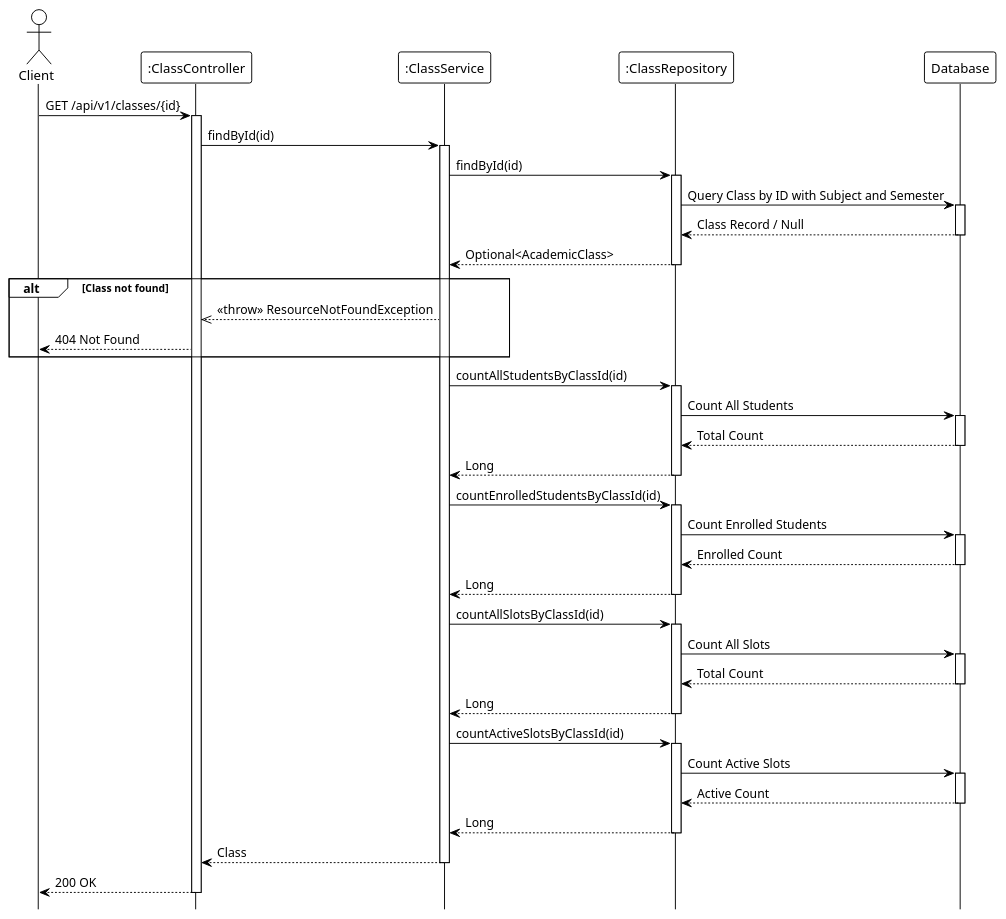
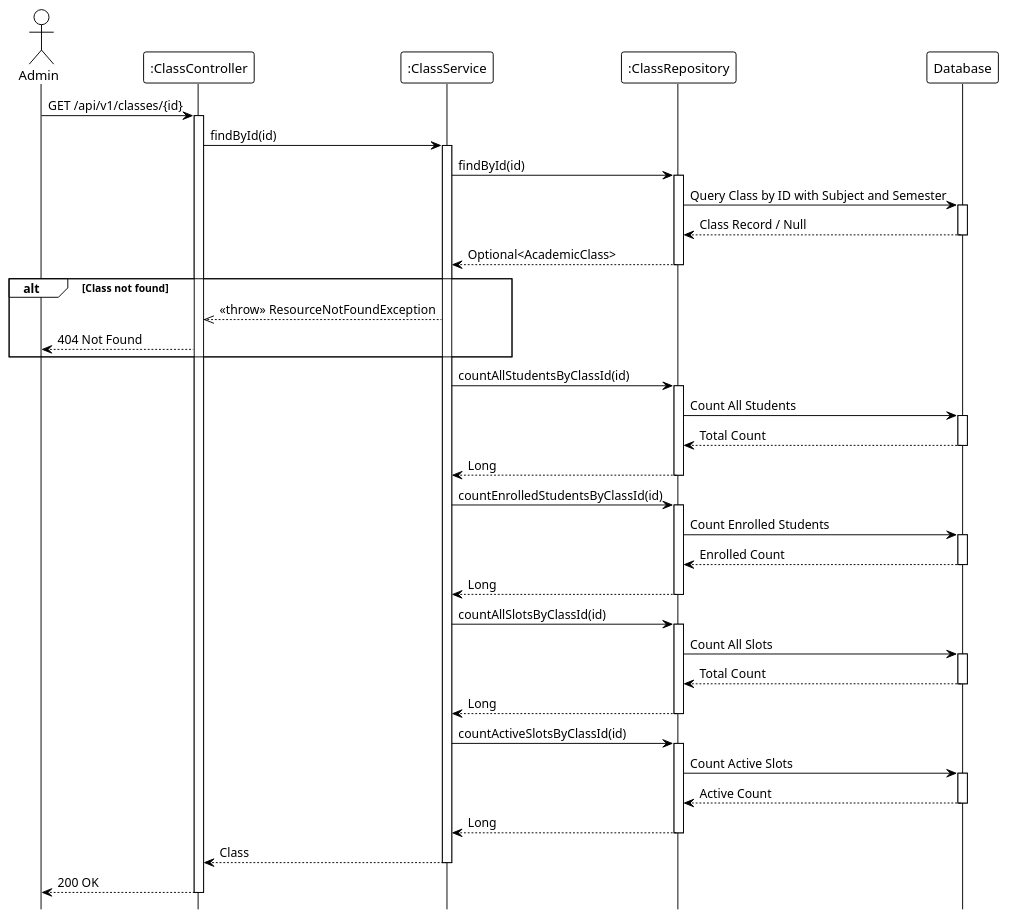
Before and after one commit to Ndh474/context: the diagram in system_detailed_design/24_view_class_details/sequence_diagram_view_class_details.puml, drawn with PlantUML. The commit also changed 61 other files, not shown here.

First line of the commit message:
refactor(diagrams): update actor from Client to Admin in sequence diagrams

```diff
--- a/system_detailed_design/24_view_class_details/sequence_diagram_view_class_details.puml
+++ b/system_detailed_design/24_view_class_details/sequence_diagram_view_class_details.puml
@@ -1,87 +1,87 @@
 @startuml view_class_details
 !theme plain
 hide footbox
 
-actor Client
+actor Admin
 participant ":ClassController" as Controller
 participant ":ClassService" as Service
 participant ":ClassRepository" as Repository
 participant "Database" as DB
 
 ' --- MAIN FLOW ---
-Client -> Controller: GET /api/v1/classes/{id}
+Admin -> Controller: GET /api/v1/classes/{id}
 activate Controller
 
 Controller -> Service: findById(id)
 activate Service
 
 Service -> Repository: findById(id)
 activate Repository
 
 Repository -> DB: Query Class by ID with Subject and Semester
 activate DB
 DB --> Repository: Class Record / Null
 deactivate DB
 
 Repository --> Service: Optional<AcademicClass>
 deactivate Repository
 
 ' --- VALIDATION LOGIC ---
 alt Class not found
     Service -->> Controller: <<throw>> ResourceNotFoundException
-    Controller --> Client: 404 Not Found
+    Controller --> Admin: 404 Not Found
 end
 
 ' --- COUNT STUDENTS ---
 Service -> Repository: countAllStudentsByClassId(id)
 activate Repository
 
 Repository -> DB: Count All Students
 activate DB
 DB --> Repository: Total Count
 deactivate DB
 
 Repository --> Service: Long
 deactivate Repository
 
 Service -> Repository: countEnrolledStudentsByClassId(id)
 activate Repository
 
 Repository -> DB: Count Enrolled Students
 activate DB
 DB --> Repository: Enrolled Count
 deactivate DB
 
 Repository --> Service: Long
 deactivate Repository
 
 ' --- COUNT SLOTS ---
 Service -> Repository: countAllSlotsByClassId(id)
 activate Repository
 
 Repository -> DB: Count All Slots
 activate DB
 DB --> Repository: Total Count
 deactivate DB
 
 Repository --> Service: Long
 deactivate Repository
 
 Service -> Repository: countActiveSlotsByClassId(id)
 activate Repository
 
 Repository -> DB: Count Active Slots
 activate DB
 DB --> Repository: Active Count
 deactivate DB
 
 Repository --> Service: Long
 deactivate Repository
 
 Service --> Controller: Class
 deactivate Service
 
-Controller --> Client: 200 OK
+Controller --> Admin: 200 OK
 deactivate Controller
 
 @enduml
```
